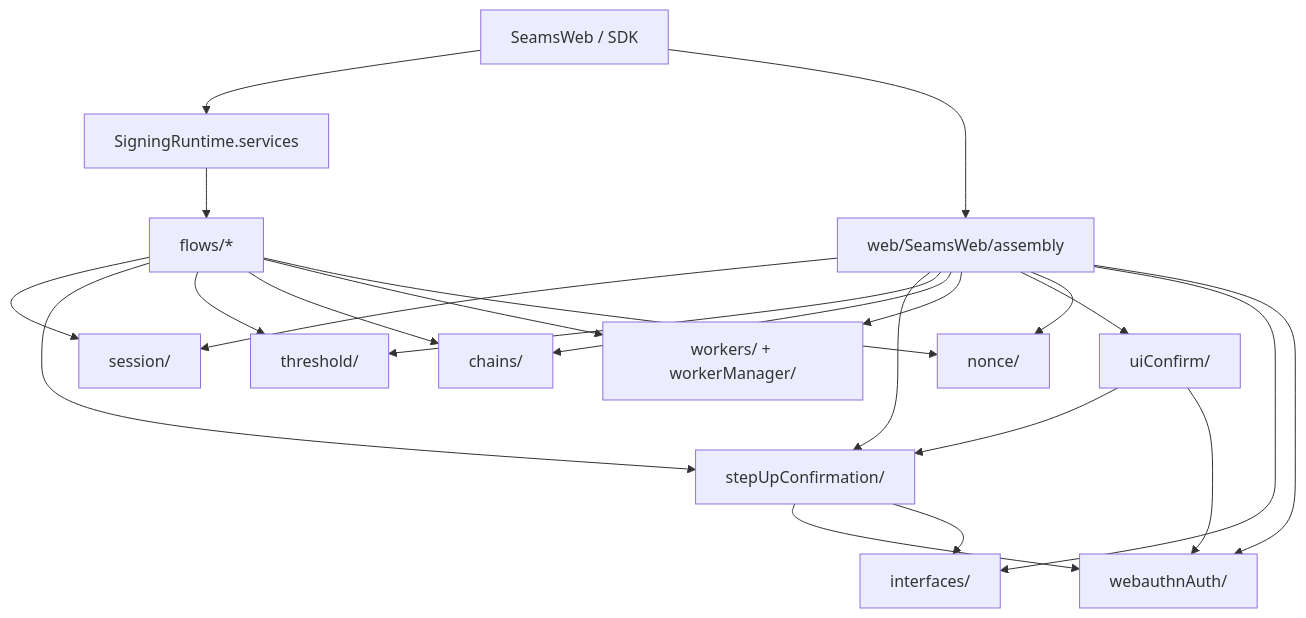
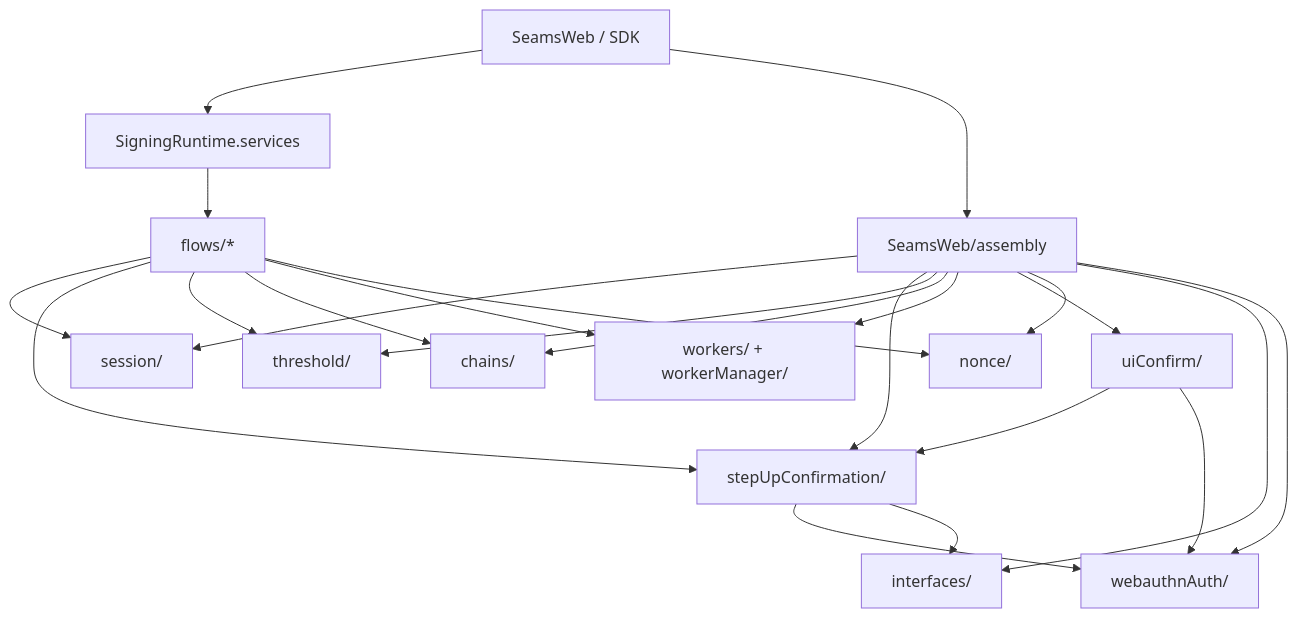
Before and after one commit to seams-tech/seams-sdk: the first of 4 diagrams in client/src/core/signingEngine/README.md, drawn with Mermaid. The commit also changed other lines of this file and 271 other files, not shown here.

Commit message:
Flatten SeamsWeb source root

````diff
--- a/client/src/core/signingEngine/README.md
+++ b/client/src/core/signingEngine/README.md
@@ -58,25 +58,25 @@
 ```mermaid
 flowchart TD
   SP["SeamsWeb / SDK"] --> RT["SigningRuntime.services"]
-  SP --> INIT["web/SeamsWeb/assembly"]
+  SP --> INIT["SeamsWeb/assembly"]
   RT --> OPS["flows/*"]
   INIT --> SESSION["session/"]
   INIT --> CONF["stepUpConfirmation/"]
   INIT --> THRESHOLD["threshold/"]
   INIT --> CHAINS["chains/"]
   INIT --> WORKERS["workers/ + workerManager/"]
   INIT --> UI["uiConfirm/"]
   INIT --> NONCE["nonce/"]
   INIT --> IFACE["interfaces/"]
   INIT --> WEBAUTHN["webauthnAuth/"]
   OPS --> SESSION
   OPS --> CONF
   OPS --> THRESHOLD
   OPS --> CHAINS
   OPS --> WORKERS
   OPS --> NONCE
   CONF --> WEBAUTHN
   CONF --> IFACE
   UI --> CONF
   UI --> WEBAUTHN
 ```
````
